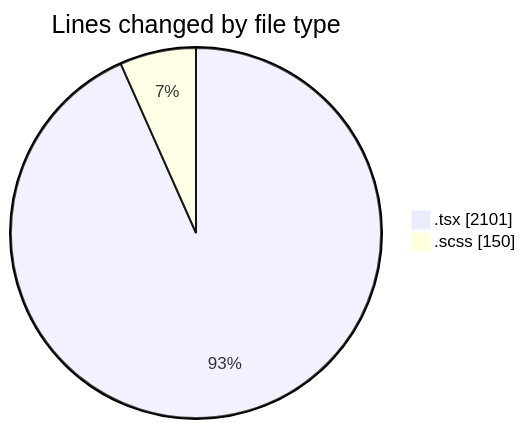
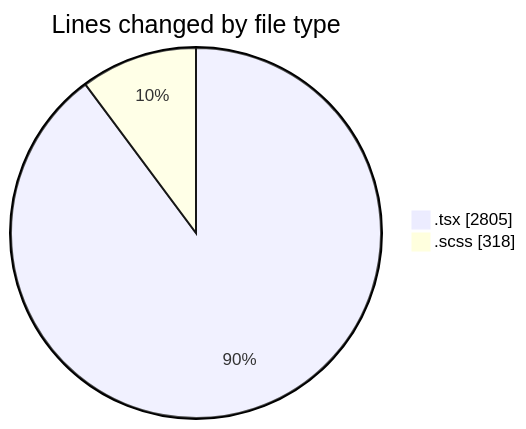
The first of 2 diagrams in 2026-10-20/cda/README.md (momahboobian/code-tracking), drawn with Mermaid before and after one commit. The commit also changed other lines of this file and 1 other file, not shown here.

````diff
--- a/2026-10-20/cda/README.md
+++ b/2026-10-20/cda/README.md
@@ -28,6 +31,6 @@
 ```mermaid
 pie showData
 title Lines changed by file type
-".tsx" : 2101
-".scss" : 150
+".tsx" : 2805
+".scss" : 318
 ```
````
